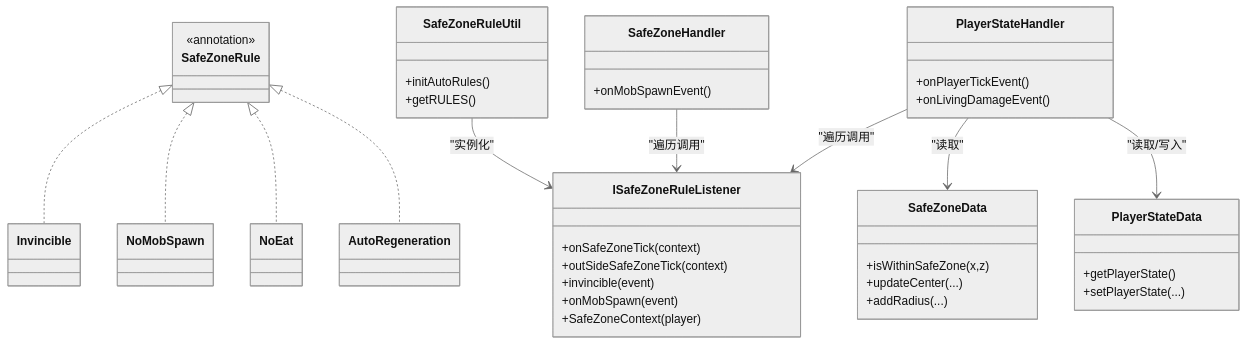
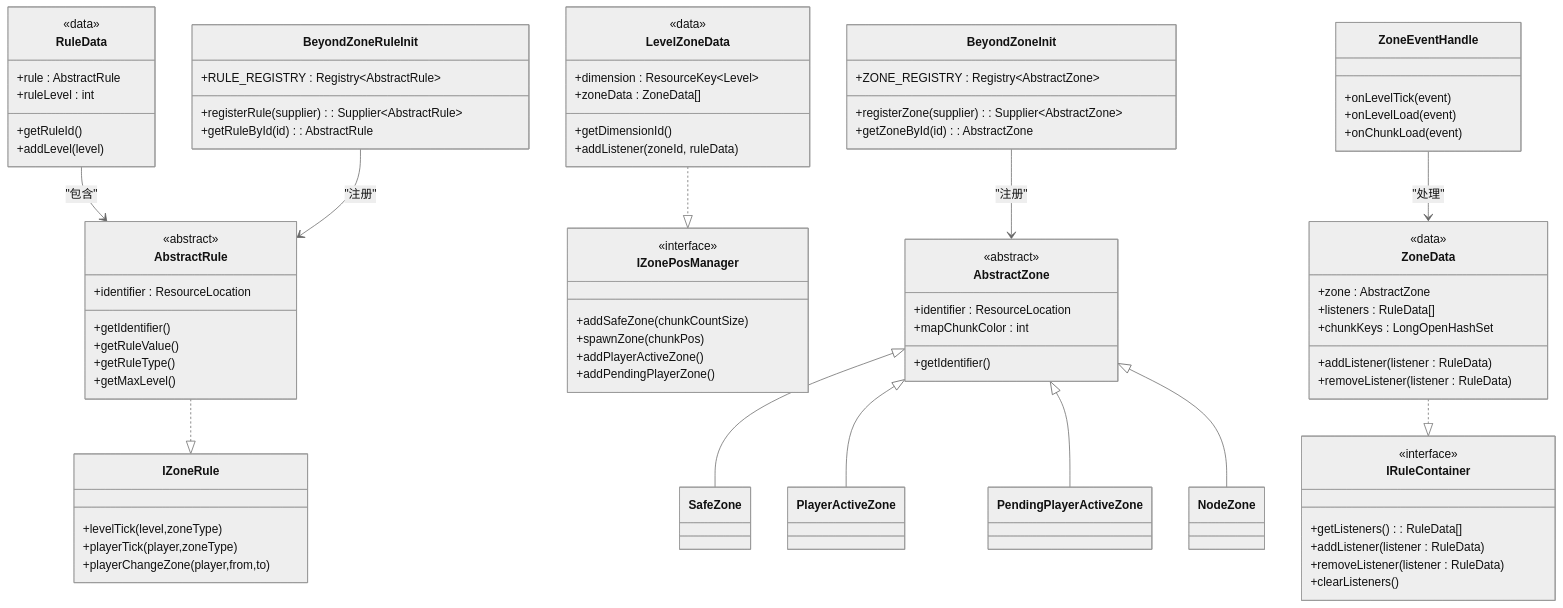
Before and after one commit to Ver-shift/SubModulesGeneHunter: the third of 4 diagrams in .qoder/repowiki/zh/content/模块架构/Beyond安全区模块/安全区规则系统.md, drawn with Mermaid (neutral theme). The commit also changed other lines of this file and 42 other files, not shown here.

````diff
--- a/.qoder/repowiki/zh/content/模块架构/Beyond安全区模块/安全区规则系统.md
+++ b/.qoder/repowiki/zh/content/模块架构/Beyond安全区模块/安全区规则系统.md
@@ -314,46 +329,84 @@
 ```mermaid
 classDiagram
-class ISafeZoneRuleListener {
-+onSafeZoneTick(context)
-+outSideSafeZoneTick(context)
-+invincible(event)
-+onMobSpawn(event)
-+SafeZoneContext(player)
+class IZoneRule {
++levelTick(level,zoneType)
++playerTick(player,zoneType)
++playerChangeZone(player,from,to)
 }
-class SafeZoneRule {
-<<annotation>>
+class AbstractRule {
+<<abstract>>
++identifier : ResourceLocation
++getIdentifier()
++getRuleValue()
++getRuleType()
++getMaxLevel()
 }
-class Invincible
-class NoMobSpawn
-class NoEat
-class AutoRegeneration
-class SafeZoneRuleUtil {
-+initAutoRules()
-+getRULES()
+class RuleData {
+<<data>>
++rule : AbstractRule
++ruleLevel : int
++getRuleId()
++addLevel(level)
 }
-class PlayerStateHandler {
-+onPlayerTickEvent()
-+onLivingDamageEvent()
+class IRuleContainer {
+<<interface>>
++getListeners() : RuleData[]
++addListener(listener : RuleData)
++removeListener(listener : RuleData)
++clearListeners()
 }
-class SafeZoneHandler {
-+onMobSpawnEvent()
+class IZonePosManager {
+<<interface>>
++addSafeZone(chunkCountSize)
++spawnZone(chunkPos)
++addPlayerActiveZone()
++addPendingPlayerZone()
 }
-class SafeZoneData {
-+isWithinSafeZone(x,z)
-+updateCenter(...)
-+addRadius(...)
+class AbstractZone {
+<<abstract>>
++identifier : ResourceLocation
++mapChunkColor : int
++getIdentifier()
 }
-class PlayerStateData {
-+getPlayerState()
-+setPlayerState(...)
+class ZoneData {
+<<data>>
++zone : AbstractZone
++listeners : RuleData[]
++chunkKeys : LongOpenHashSet
++addListener(listener : RuleData)
++removeListener(listener : RuleData)
 }
-SafeZoneRule <|.. Invincible
-SafeZoneRule <|.. NoMobSpawn
-SafeZoneRule <|.. NoEat
-SafeZoneRule <|.. AutoRegeneration
-SafeZoneRuleUtil --> ISafeZoneRuleListener : "实例化"
-PlayerStateHandler --> ISafeZoneRuleListener : "遍历调用"
-SafeZoneHandler --> ISafeZoneRuleListener : "遍历调用"
-PlayerStateHandler --> SafeZoneData : "读取"
-PlayerStateHandler --> PlayerStateData : "读取/写入"
+class LevelZoneData {
+<<data>>
++dimension : ResourceKey~Level~
++zoneData : ZoneData[]
++getDimensionId()
++addListener(zoneId, ruleData)
+}
+class BeyondZoneInit {
++ZONE_REGISTRY : Registry~AbstractZone~
++registerZone(supplier) : Supplier~AbstractZone~
++getZoneById(id) : AbstractZone
+}
+class BeyondZoneRuleInit {
++RULE_REGISTRY : Registry~AbstractRule~
++registerRule(supplier) : Supplier~AbstractRule~
++getRuleById(id) : AbstractRule
+}
+class ZoneEventHandle {
++onLevelTick(event)
++onLevelLoad(event)
++onChunkLoad(event)
+}
+AbstractRule ..|> IZoneRule
+RuleData --> AbstractRule : "包含"
+ZoneData ..|> IRuleContainer
+LevelZoneData ..|> IZonePosManager
+AbstractZone <|-- SafeZone
+AbstractZone <|-- PlayerActiveZone
+AbstractZone <|-- PendingPlayerActiveZone
+AbstractZone <|-- NodeZone
+BeyondZoneInit --> AbstractZone : "注册"
+BeyondZoneRuleInit --> AbstractRule : "注册"
+ZoneEventHandle --> ZoneData : "处理"
 ```
````
